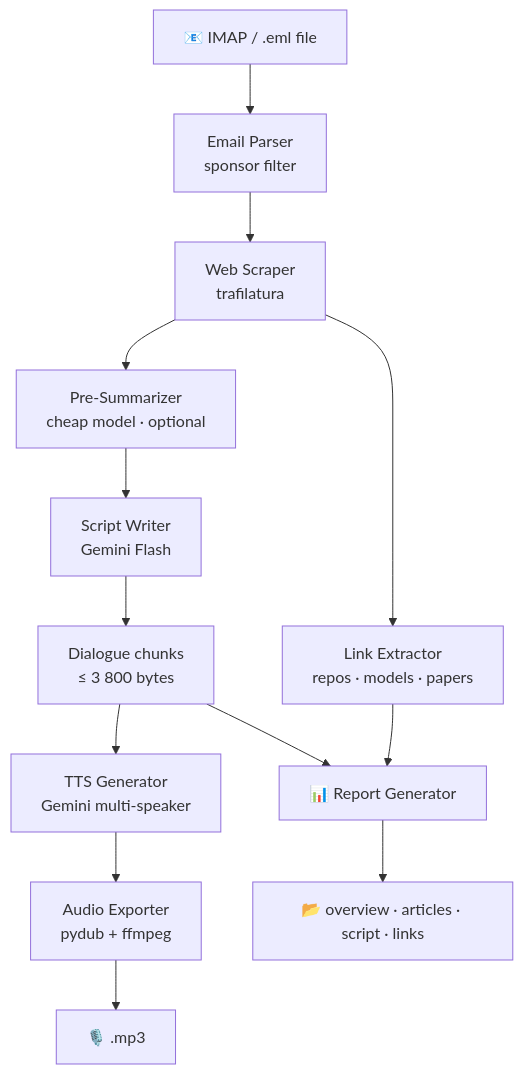
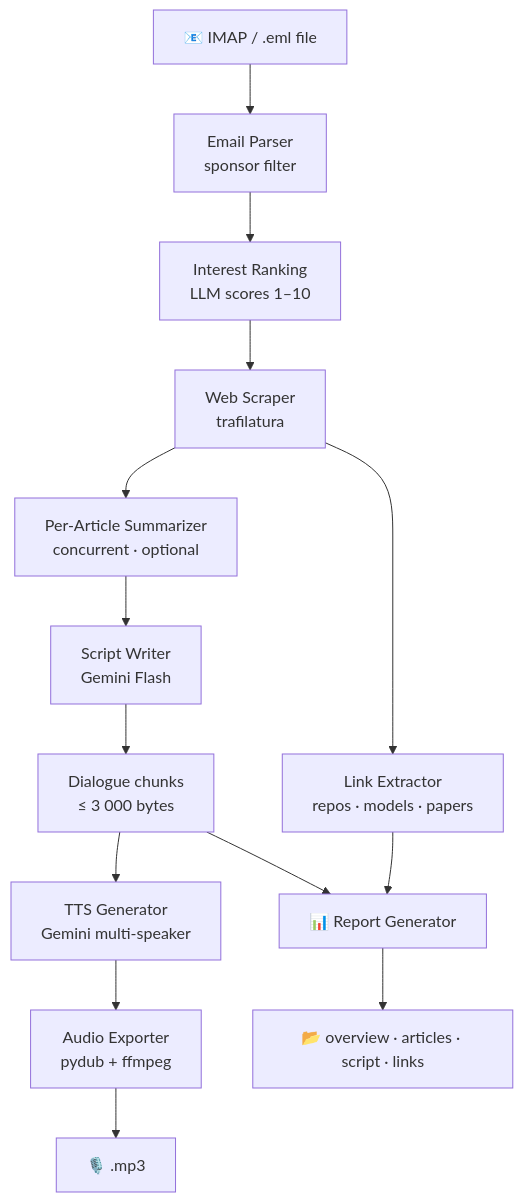
Before and after one commit to obeone/tldr-podcast: the diagram in README.md, drawn with Mermaid. The commit also changed other lines of this file and 1 other file, not shown here.

First line of the commit message:
docs: update README and CLAUDE.md for interest ranking pipeline

````diff
--- a/README.md
+++ b/README.md
@@ -14,21 +14,23 @@
 ```mermaid
 flowchart TB
     IN[📧 IMAP / .eml file] --> EP[Email Parser<br>sponsor filter]
-    EP --> WS[Web Scraper<br>trafilatura]
+    EP --> RANK[Interest Ranking<br>LLM scores 1–10]
 
-    WS --> SUM[Pre-Summarizer<br>cheap model · optional]
+    RANK --> WS[Web Scraper<br>trafilatura]
+
+    WS --> SUM[Per-Article Summarizer<br>concurrent · optional]
     WS --> LE[Link Extractor<br>repos · models · papers]
 
     SUM --> LLM[Script Writer<br>Gemini Flash]
 
-    LLM --> DC[Dialogue chunks<br>≤ 3 800 bytes]
+    LLM --> DC[Dialogue chunks<br>≤ 3 000 bytes]
 
     DC --> TTS[TTS Generator<br>Gemini multi-speaker]
     DC --> RPT[📊 Report Generator]
     LE --> RPT
 
     TTS --> AE[Audio Exporter<br>pydub + ffmpeg]
 
     AE --> MP3[🎙️ .mp3]
     RPT --> OUT[📂 overview · articles · script · links]
 ```
````
